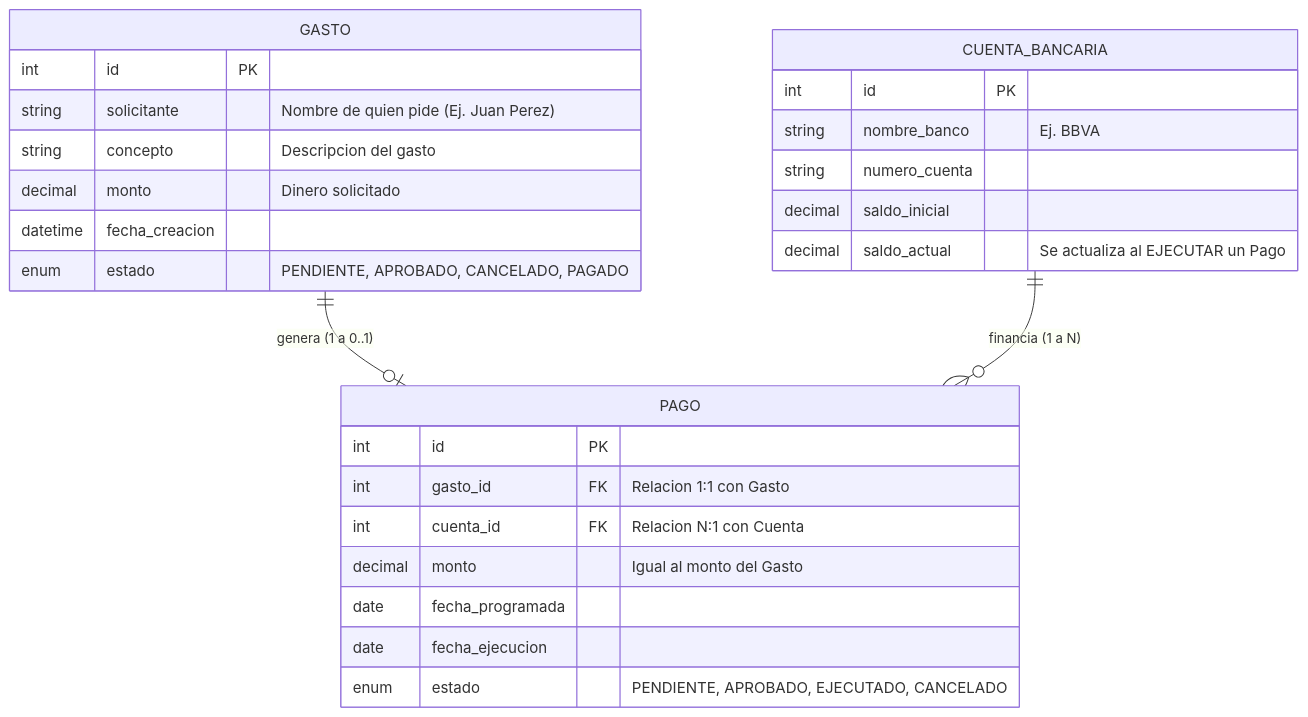
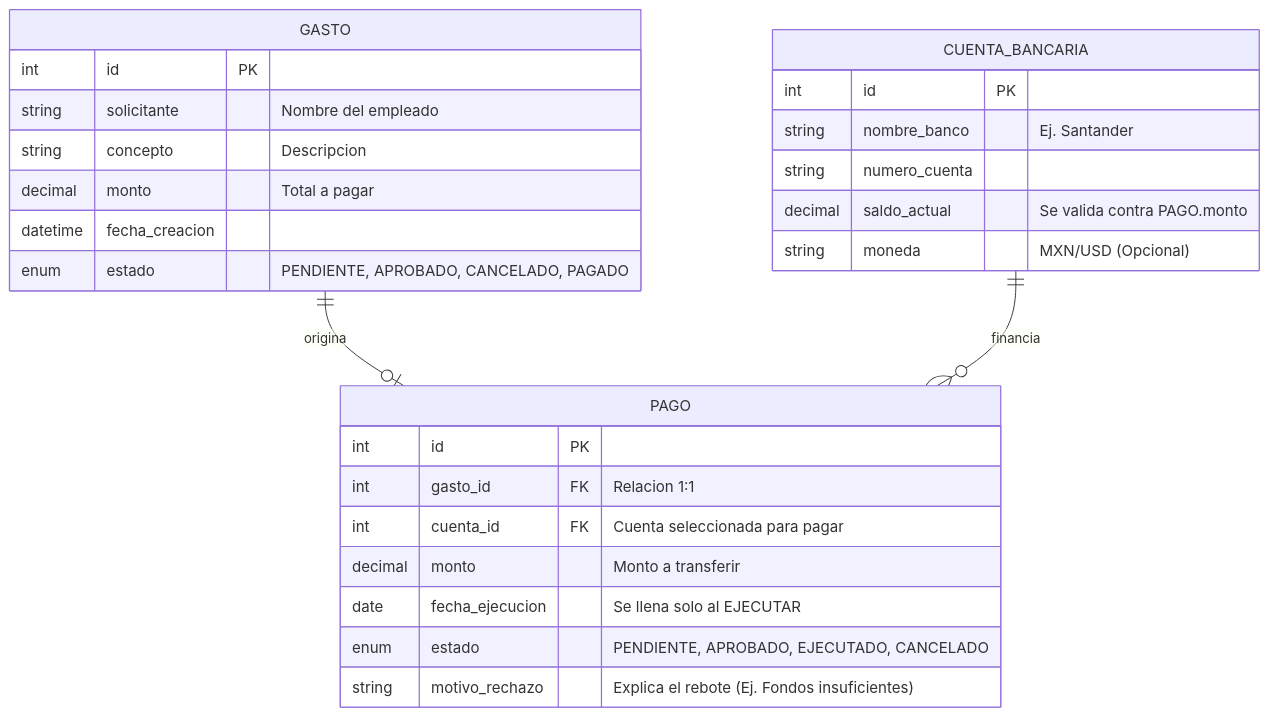
One commit to IsaacDrp/RGVV-Soluciones-Evaluacion changed the third of 3 diagrams in README.md. Above: the diagram before and after it, drawn with Mermaid.

Commit message:
correccion de diagrama ER

````diff
--- a/README.md
+++ b/README.md
@@ -149,33 +149,33 @@
 ```mermaid
 erDiagram
     GASTO {
         int id PK
-        string solicitante "Nombre de quien pide (Ej. Juan Perez)"
-        string concepto "Descripcion del gasto"
-        decimal monto "Dinero solicitado"
+        string solicitante "Nombre del empleado"
+        string concepto "Descripcion"
+        decimal monto "Total a pagar"
         datetime fecha_creacion
         enum estado "PENDIENTE, APROBADO, CANCELADO, PAGADO"
     }
 
     PAGO {
         int id PK
-        int gasto_id FK "Relacion 1:1 con Gasto"
-        int cuenta_id FK "Relacion N:1 con Cuenta"
-        decimal monto "Igual al monto del Gasto"
-        date fecha_programada
-        date fecha_ejecucion
+        int gasto_id FK "Relacion 1:1"
+        int cuenta_id FK "Cuenta seleccionada para pagar"
+        decimal monto "Monto a transferir"
+        date fecha_ejecucion "Se llena solo al EJECUTAR"
         enum estado "PENDIENTE, APROBADO, EJECUTADO, CANCELADO"
+        string motivo_rechazo "Explica el rebote (Ej. Fondos insuficientes)"
     }
 
     CUENTA_BANCARIA {
         int id PK
-        string nombre_banco "Ej. BBVA"
+        string nombre_banco "Ej. Santander"
         string numero_cuenta
-        decimal saldo_inicial
-        decimal saldo_actual "Se actualiza al EJECUTAR un Pago"
+        decimal saldo_actual "Se valida contra PAGO.monto"
+        string moneda "MXN/USD (Opcional)"
     }
 
     %% Relaciones
-    GASTO ||--o| PAGO : "genera (1 a 0..1)"
-    CUENTA_BANCARIA ||--o{ PAGO : "financia (1 a N)"
+    GASTO ||--o| PAGO : "origina"
+    CUENTA_BANCARIA ||--o{ PAGO : "financia"
 ```
````
